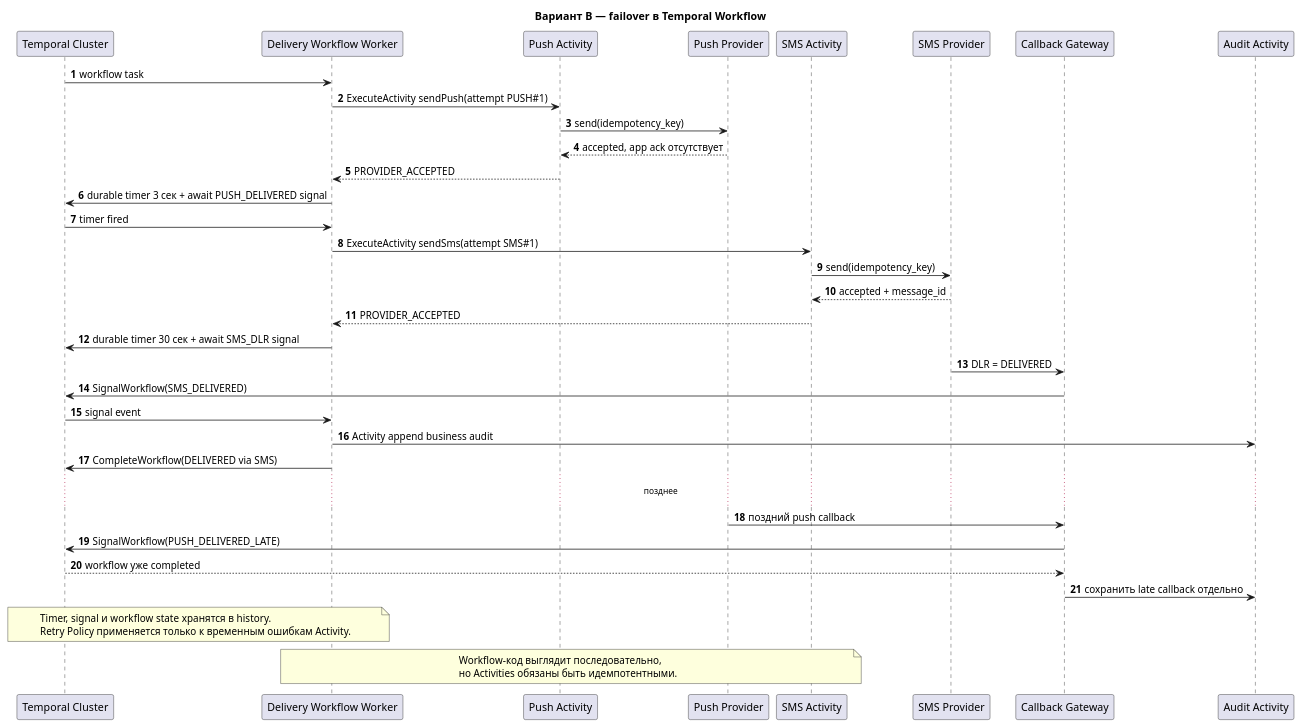
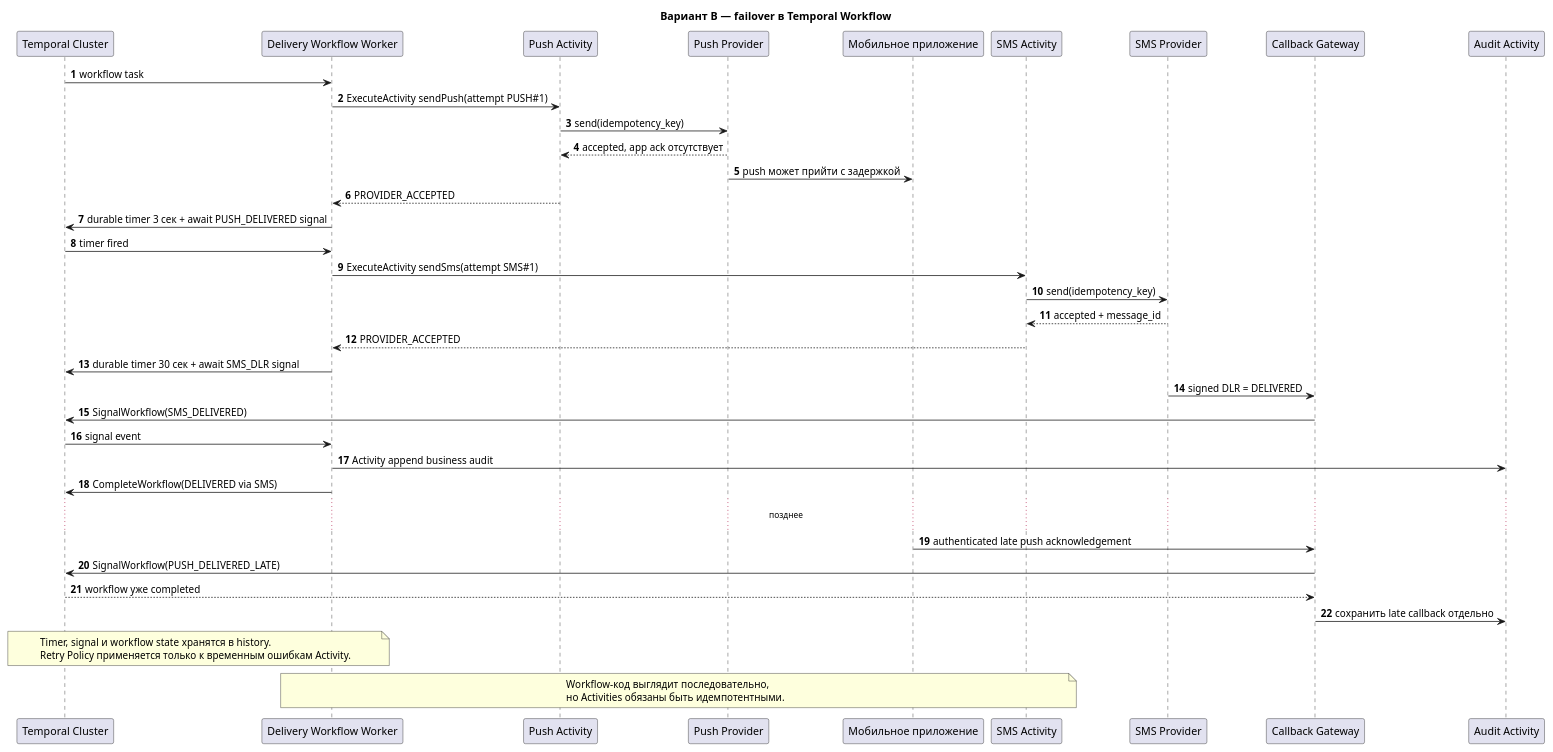
One commit to ItsBelyaev/notification-platform-homework changed the diagram in diagrams/sequence-option-b-failover.puml. Above: the diagram before and after it, drawn with PlantUML. The commit also changed 7 other files, not shown here.

Commit message:
Fix notification architecture consistency

```diff
--- a/diagrams/sequence-option-b-failover.puml
+++ b/diagrams/sequence-option-b-failover.puml
@@ -1,49 +1,51 @@
 @startuml
 title Вариант B — failover в Temporal Workflow
 autonumber
 
 participant "Temporal Cluster" as Temporal
 participant "Delivery Workflow Worker" as Workflow
 participant "Push Activity" as Push
 participant "Push Provider" as PushProvider
+participant "Мобильное приложение" as App
 participant "SMS Activity" as SMS
 participant "SMS Provider" as SmsProvider
 participant "Callback Gateway" as Callback
 participant "Audit Activity" as Audit
 
 Temporal -> Workflow: workflow task
 Workflow -> Push: ExecuteActivity sendPush(attempt PUSH#1)
 Push -> PushProvider: send(idempotency_key)
 PushProvider --> Push: accepted, app ack отсутствует
+PushProvider -> App: push может прийти с задержкой
 Push --> Workflow: PROVIDER_ACCEPTED
 Workflow -> Temporal: durable timer 3 сек + await PUSH_DELIVERED signal
 
 Temporal -> Workflow: timer fired
 Workflow -> SMS: ExecuteActivity sendSms(attempt SMS#1)
 SMS -> SmsProvider: send(idempotency_key)
 SmsProvider --> SMS: accepted + message_id
 SMS --> Workflow: PROVIDER_ACCEPTED
 Workflow -> Temporal: durable timer 30 сек + await SMS_DLR signal
 
-SmsProvider -> Callback: DLR = DELIVERED
+SmsProvider -> Callback: signed DLR = DELIVERED
 Callback -> Temporal: SignalWorkflow(SMS_DELIVERED)
 Temporal -> Workflow: signal event
 Workflow -> Audit: Activity append business audit
 Workflow -> Temporal: CompleteWorkflow(DELIVERED via SMS)
 
 ... позднее ...
-PushProvider -> Callback: поздний push callback
+App -> Callback: authenticated late push acknowledgement
 Callback -> Temporal: SignalWorkflow(PUSH_DELIVERED_LATE)
 Temporal --> Callback: workflow уже completed
 Callback -> Audit: сохранить late callback отдельно
 
 note over Temporal,Workflow
 Timer, signal и workflow state хранятся в history.
 Retry Policy применяется только к временным ошибкам Activity.
 end note
 
 note over Workflow,SMS
 Workflow-код выглядит последовательно,
 но Activities обязаны быть идемпотентными.
 end note
 @enduml
```
